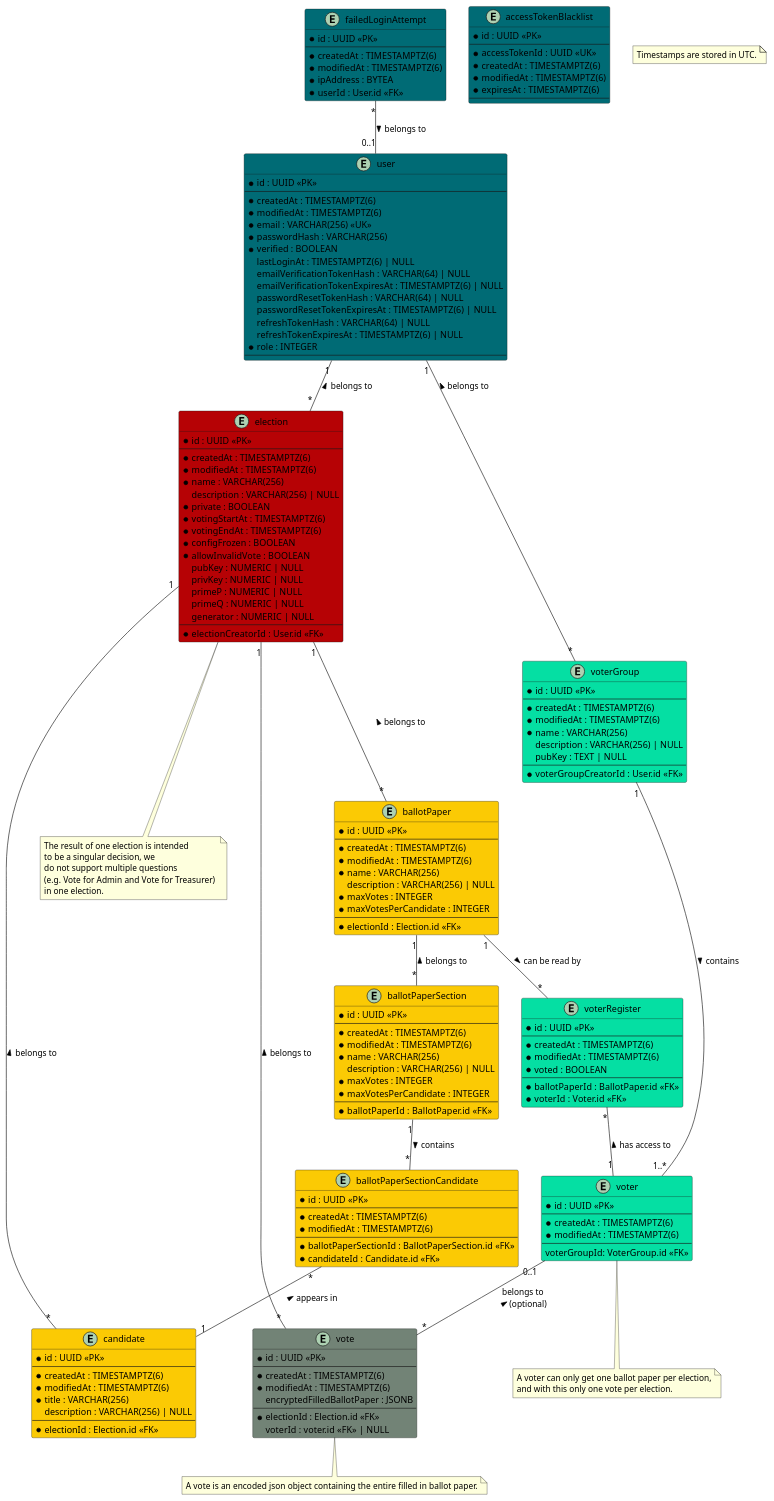
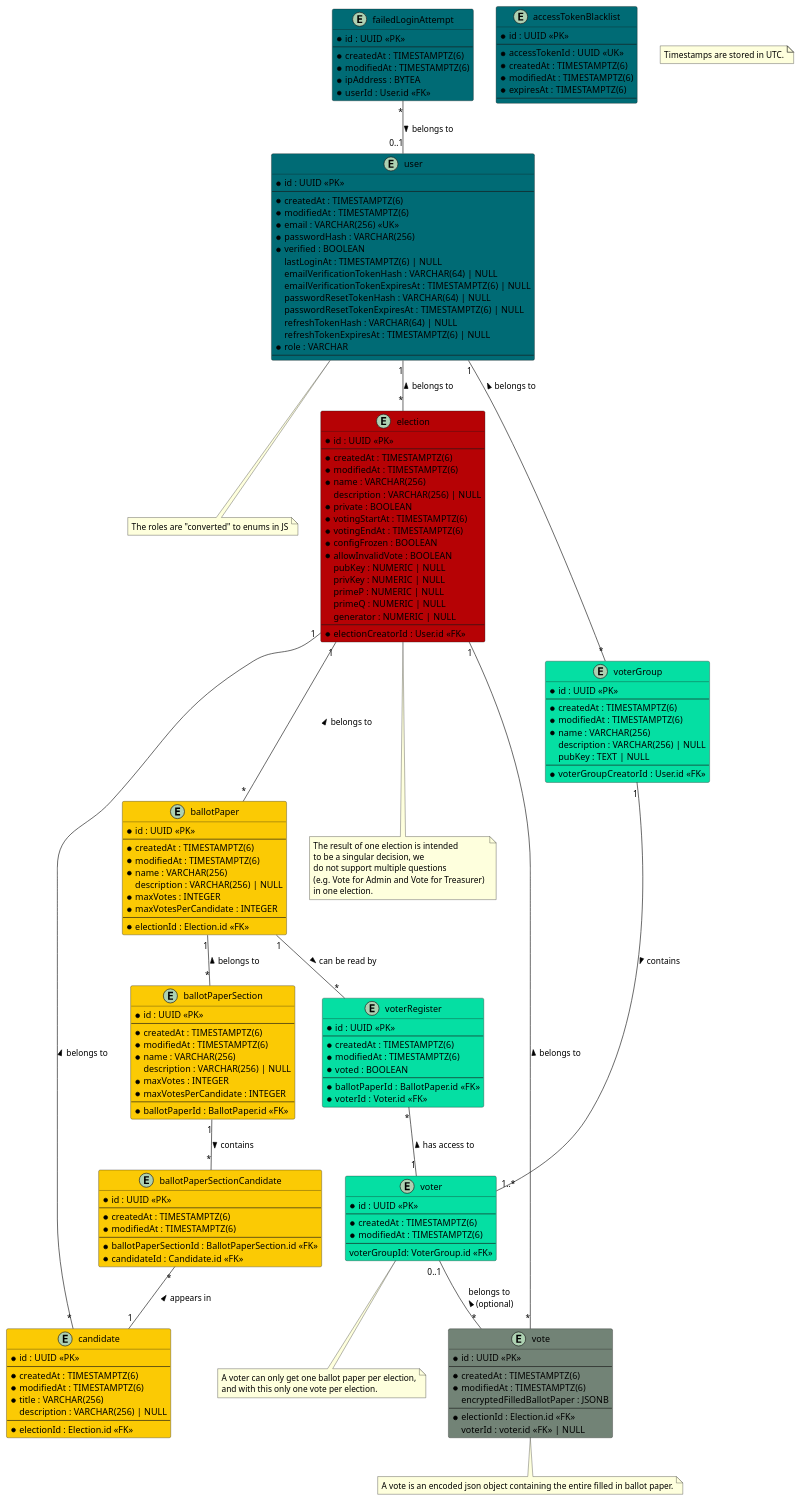
Before and after one commit to SE-UUlm/votura: the diagram in apps/docs/static/uml/dataModel.puml, drawn with PlantUML. The commit also changed 10 other files, not shown here.

Commit message:
456: Convert roles to enums

```diff
--- a/apps/docs/static/uml/dataModel.puml
+++ b/apps/docs/static/uml/dataModel.puml
@@ -15,9 +15,13 @@
     passwordResetTokenExpiresAt : TIMESTAMPTZ(6) | NULL
     refreshTokenHash : VARCHAR(64) | NULL
     refreshTokenExpiresAt : TIMESTAMPTZ(6) | NULL
-    * role : INTEGER
+    * role : VARCHAR
     --
 }
+
+note as N5
+The roles are "converted" to enums in JS
+end note
 
 entity "accessTokenBlacklist" as jwtBlacklist #006b75 {
     ' this table is used to store blacklisted access tokens
@@ -193,5 +197,6 @@
 voters -- N3
 votes -- N4
 failedLoginAttempt "*"--"0..1" user : belongs to >
+user -- N5
 
 @enduml
```
